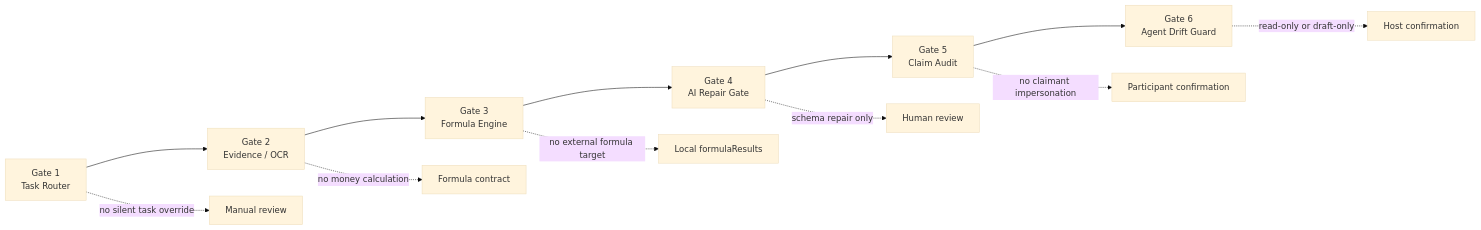
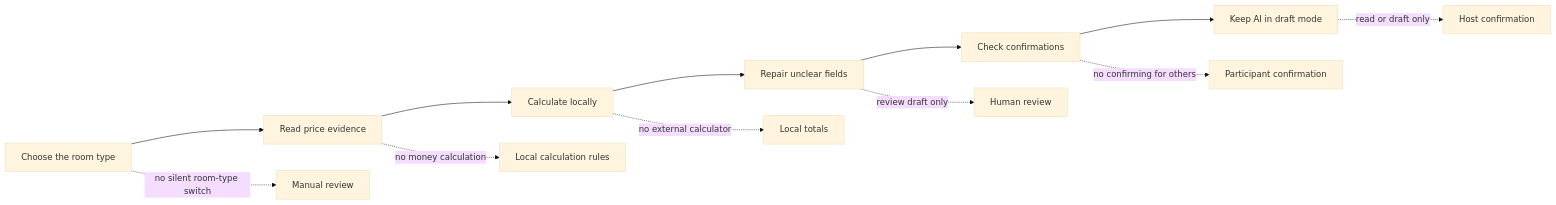
Before and after one commit to jiarong0423/shared-room-mcp: the third of 7 diagrams in docs/ai-generated/2026Q3/shared_room_mermaid_module_design_20260831.md, drawn with Mermaid (base theme). The commit also changed other lines of this file and 6 other files, not shown here.

Commit message:
Align submission diagrams and export manifest

````diff
--- a/docs/ai-generated/2026Q3/shared_room_mermaid_module_design_20260831.md
+++ b/docs/ai-generated/2026Q3/shared_room_mermaid_module_design_20260831.md
@@ -82,15 +90,15 @@
 ```mermaid
 flowchart LR
-  G1[Gate 1<br/>Task Router] --> G2[Gate 2<br/>Evidence / OCR]
-  G2 --> G3[Gate 3<br/>Formula Engine]
-  G3 --> G4[Gate 4<br/>AI Repair Gate]
-  G4 --> G5[Gate 5<br/>Claim Audit]
-  G5 --> G6[Gate 6<br/>Agent Drift Guard]
+  G1[Choose the room type] --> G2[Read price evidence]
+  G2 --> G3[Calculate locally]
+  G3 --> G4[Repair unclear fields]
+  G4 --> G5[Check confirmations]
+  G5 --> G6[Keep AI in draft mode]
 
-  G1 -. no silent task override .-> X1[Manual review]
-  G2 -. no money calculation .-> X2[Formula contract]
-  G3 -. no external formula target .-> X3[Local formulaResults]
-  G4 -. schema repair only .-> X4[Human review]
-  G5 -. no claimant impersonation .-> X5[Participant confirmation]
-  G6 -. read-only or draft-only .-> X6[Host confirmation]
+  G1 -. no silent room-type switch .-> X1[Manual review]
+  G2 -. no money calculation .-> X2[Local calculation rules]
+  G3 -. no external calculator .-> X3[Local totals]
+  G4 -. review draft only .-> X4[Human review]
+  G5 -. no confirming for others .-> X5[Participant confirmation]
+  G6 -. read or draft only .-> X6[Host confirmation]
 ```
````
